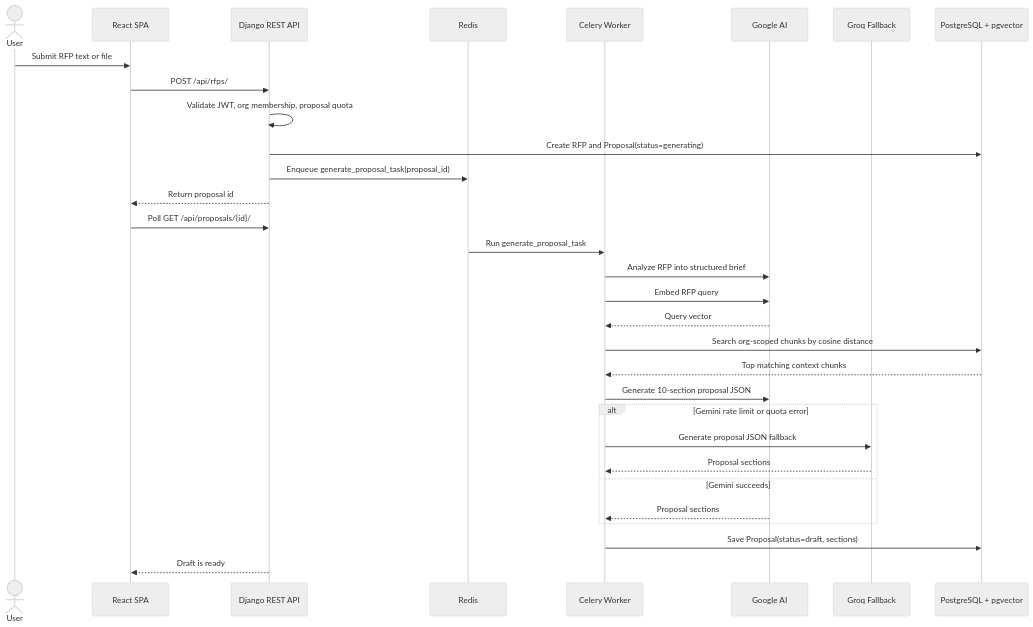
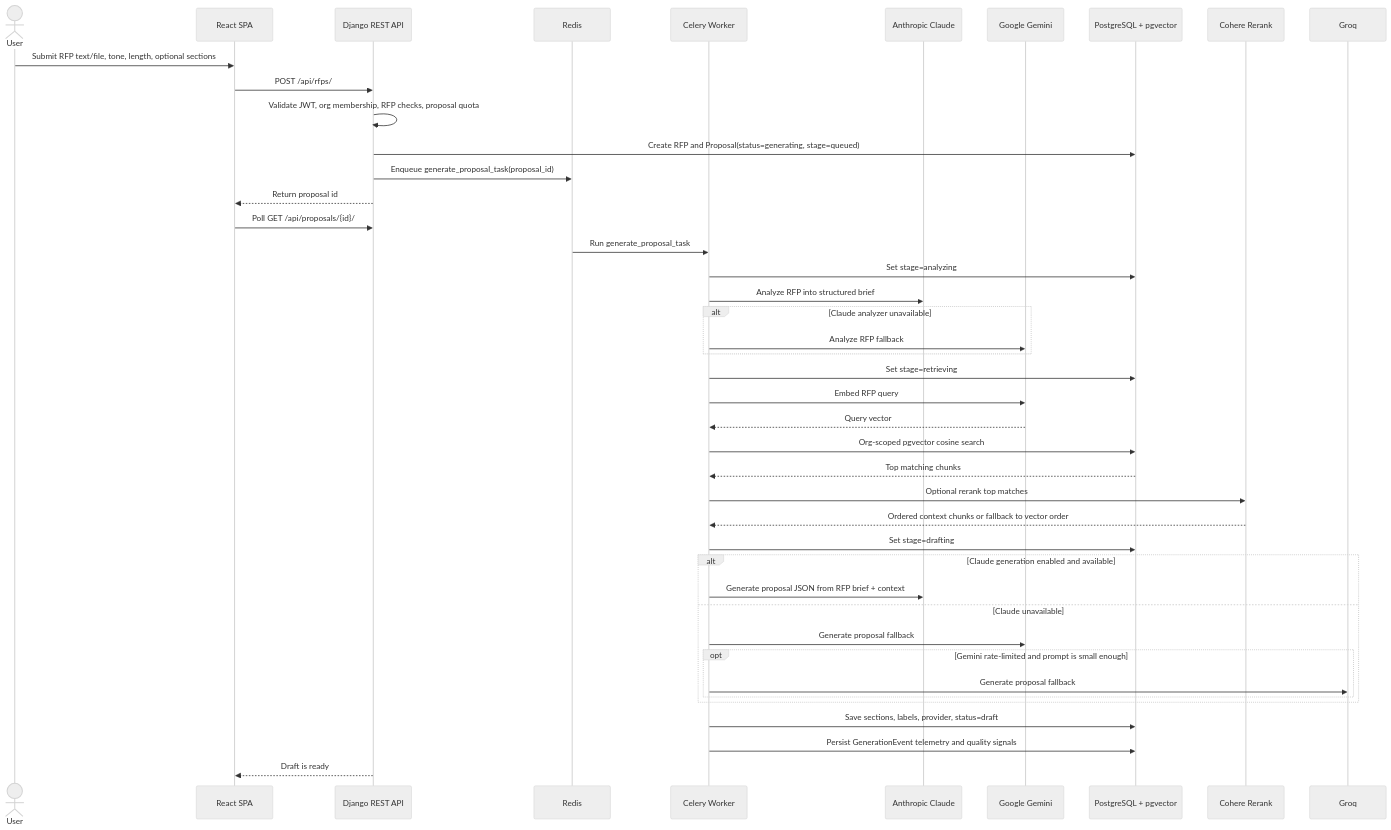
The fourth of 6 diagrams in docs/architecture-diagram.md (hassanzafarr/draftly), drawn with Mermaid (neutral theme) before and after one commit. The commit also changed other lines of this file and 10 other files, not shown here.

````diff
--- a/docs/architecture-diagram.md
+++ b/docs/architecture-diagram.md
@@ -76,35 +116,50 @@
 ```mermaid
 sequenceDiagram
     actor User
-    participant Frontend as React SPA
+    participant SPA as React SPA
     participant API as Django REST API
     participant Redis
     participant Worker as Celery Worker
-    participant Google as Google AI
-    participant Groq as Groq Fallback
+    participant Claude as Anthropic Claude
+    participant Gemini as Google Gemini
     participant DB as PostgreSQL + pgvector
+    participant Cohere as Cohere Rerank
+    participant Groq as Groq
 
-    User->>Frontend: Submit RFP text or file
-    Frontend->>API: POST /api/rfps/
-    API->>API: Validate JWT, org membership, proposal quota
-    API->>DB: Create RFP and Proposal(status=generating)
+    User->>SPA: Submit RFP text/file, tone, length, optional sections
+    SPA->>API: POST /api/rfps/
+    API->>API: Validate JWT, org membership, RFP checks, proposal quota
+    API->>DB: Create RFP and Proposal(status=generating, stage=queued)
     API->>Redis: Enqueue generate_proposal_task(proposal_id)
-    API-->>Frontend: Return proposal id
+    API-->>SPA: Return proposal id
 
-    Frontend->>API: Poll GET /api/proposals/{id}/
+    SPA->>API: Poll GET /api/proposals/{id}/
     Redis->>Worker: Run generate_proposal_task
-    Worker->>Google: Analyze RFP into structured brief
-    Worker->>Google: Embed RFP query
-    Google-->>Worker: Query vector
-    Worker->>DB: Search org-scoped chunks by cosine distance
-    DB-->>Worker: Top matching context chunks
-    Worker->>Google: Generate 10-section proposal JSON
-    alt Gemini rate limit or quota error
-        Worker->>Groq: Generate proposal JSON fallback
-        Groq-->>Worker: Proposal sections
-    else Gemini succeeds
-        Google-->>Worker: Proposal sections
+    Worker->>DB: Set stage=analyzing
+    Worker->>Claude: Analyze RFP into structured brief
+    alt Claude analyzer unavailable
+        Worker->>Gemini: Analyze RFP fallback
     end
-    Worker->>DB: Save Proposal(status=draft, sections)
-    API-->>Frontend: Draft is ready
+
+    Worker->>DB: Set stage=retrieving
+    Worker->>Gemini: Embed RFP query
+    Gemini-->>Worker: Query vector
+    Worker->>DB: Org-scoped pgvector cosine search
+    DB-->>Worker: Top matching chunks
+    Worker->>Cohere: Optional rerank top matches
+    Cohere-->>Worker: Ordered context chunks or fallback to vector order
+
+    Worker->>DB: Set stage=drafting
+    alt Claude generation enabled and available
+        Worker->>Claude: Generate proposal JSON from RFP brief + context
+    else Claude unavailable
+        Worker->>Gemini: Generate proposal fallback
+        opt Gemini rate-limited and prompt is small enough
+            Worker->>Groq: Generate proposal fallback
+        end
+    end
+
+    Worker->>DB: Save sections, labels, provider, status=draft
+    Worker->>DB: Persist GenerationEvent telemetry and quality signals
+    API-->>SPA: Draft is ready
 ```
````
